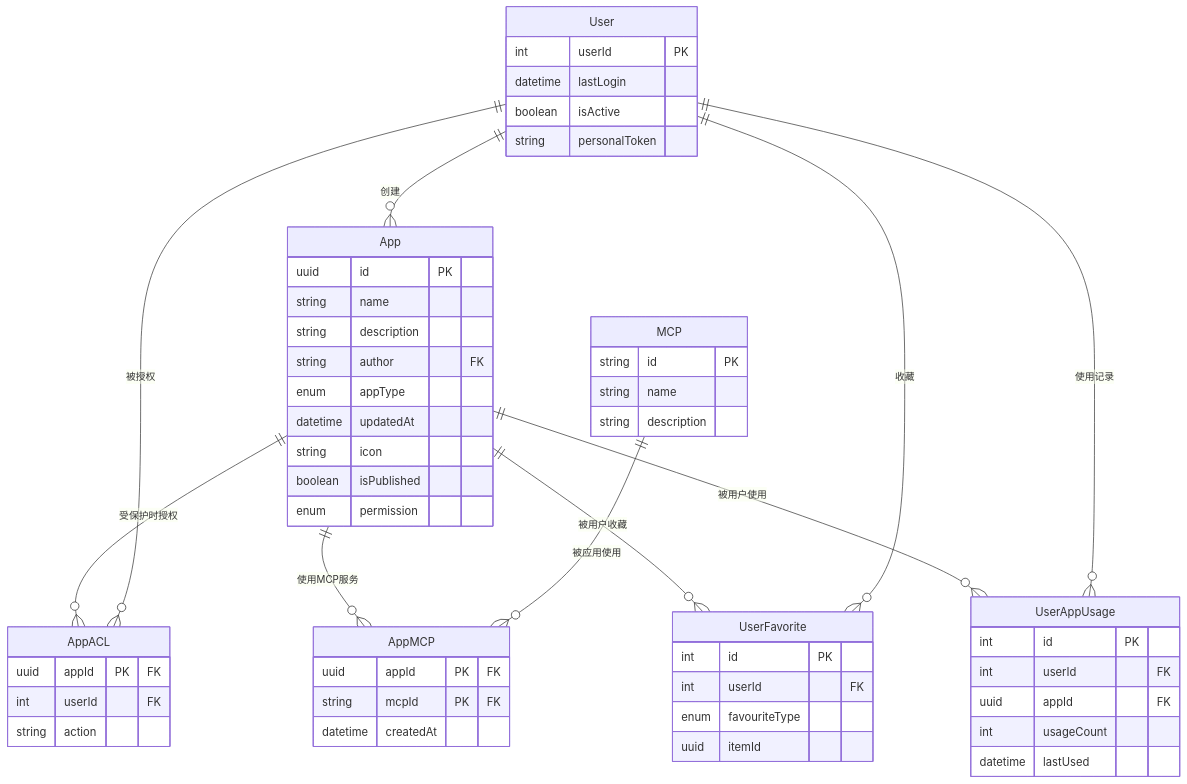
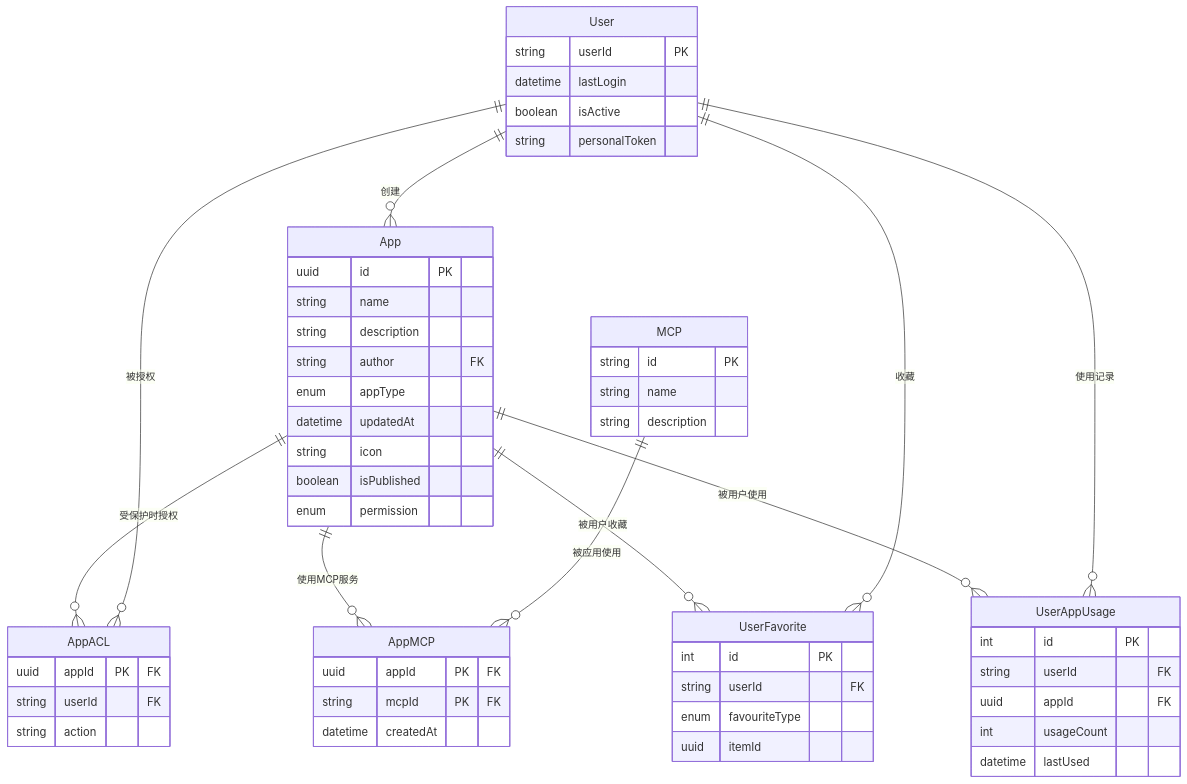
Before and after one commit to openeuler-mirror/euler-copilot-framework: the seventh of 8 diagrams in design/services/appcenter.md, drawn with Mermaid. The commit also changed 18 other files, not shown here.

````diff
--- a/design/services/appcenter.md
+++ b/design/services/appcenter.md
@@ -760,64 +760,64 @@
 ```mermaid
 erDiagram
     App ||--o{ AppACL : "受保护时授权"
     App ||--o{ AppMCP : "使用MCP服务"
     App ||--o{ UserFavorite : "被用户收藏"
     App ||--o{ UserAppUsage : "被用户使用"
     User ||--o{ App : "创建"
     User ||--o{ AppACL : "被授权"
     User ||--o{ UserFavorite : "收藏"
     User ||--o{ UserAppUsage : "使用记录"
     MCP ||--o{ AppMCP : "被应用使用"
 
     App {
         uuid id PK
         string name
         string description
         string author "FK"
         enum appType
         datetime updatedAt
         string icon
         boolean isPublished
         enum permission
     }
 
     AppACL {
         uuid appId PK "FK"
-        int userId "FK"
+        string userId "FK"
         string action
     }
 
     AppMCP {
         uuid appId PK "FK"
         string mcpId PK "FK"
         datetime createdAt
     }
 
     User {
-        int userId PK
+        string userId PK
         datetime lastLogin
         boolean isActive
         string personalToken
     }
 
     UserFavorite {
         int id PK
-        int userId "FK"
+        string userId "FK"
         enum favouriteType
         uuid itemId
     }
 
     UserAppUsage {
         int id PK
-        int userId "FK"
+        string userId "FK"
         uuid appId "FK"
         int usageCount
         datetime lastUsed
     }
 
     MCP {
         string id PK
         string name
         string description
     }
 ```
````
